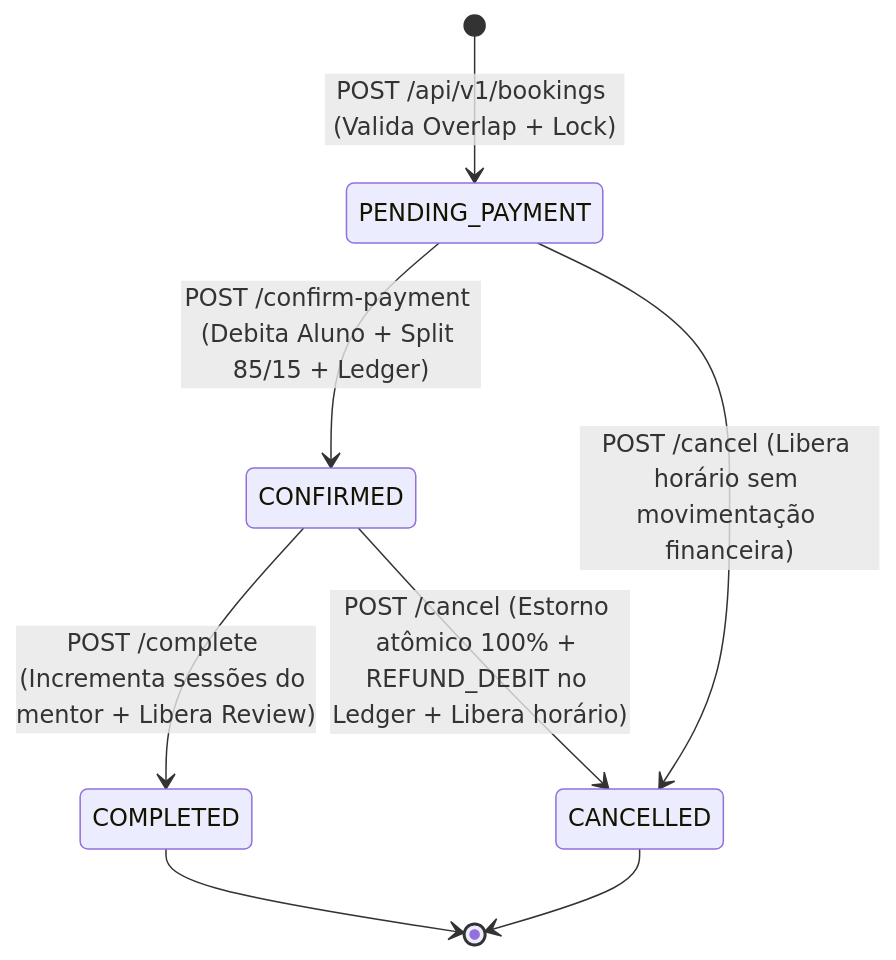
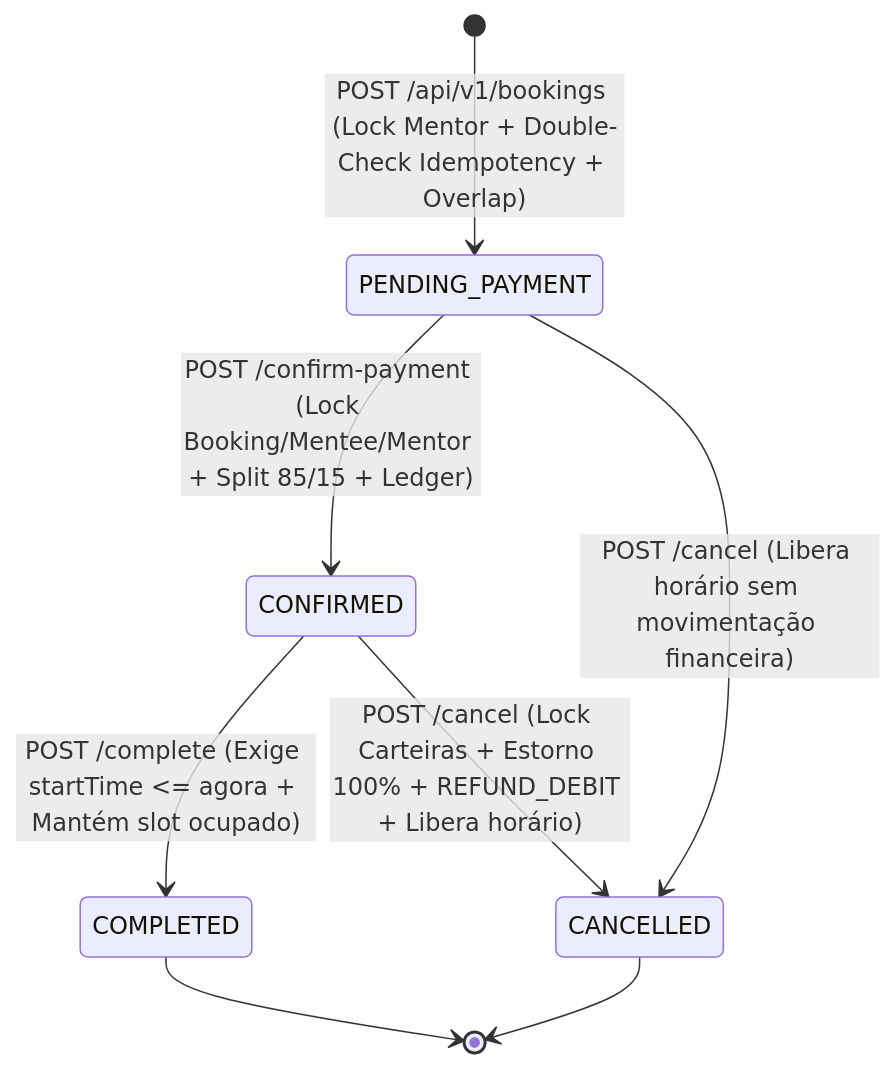
One commit to geovanneenzo8-maker/mentorflow-api changed the first of 2 diagrams in README.md. Above: the diagram before and after it, drawn with Mermaid. The commit also changed other lines of this file and 20 other files, not shown here.

Commit message:
fix(concurrency): add Mentee pessimistic lock, double-checked idempotency, exact fractional rate math, and multi-threaded test suite

````diff
--- a/README.md
+++ b/README.md
@@ -36,10 +56,10 @@
 ```mermaid
 stateDiagram-v2
-    [*] --> PENDING_PAYMENT : POST /api/v1/bookings (Valida Overlap + Lock)
-    PENDING_PAYMENT --> CONFIRMED : POST /confirm-payment (Debita Aluno + Split 85/15 + Ledger)
+    [*] --> PENDING_PAYMENT : POST /api/v1/bookings (Lock Mentor + Double-Check Idempotency + Overlap)
+    PENDING_PAYMENT --> CONFIRMED : POST /confirm-payment (Lock Booking/Mentee/Mentor + Split 85/15 + Ledger)
     PENDING_PAYMENT --> CANCELLED : POST /cancel (Libera horário sem movimentação financeira)
-    CONFIRMED --> COMPLETED : POST /complete (Incrementa sessões do mentor + Libera Review)
-    CONFIRMED --> CANCELLED : POST /cancel (Estorno atômico 100% + REFUND_DEBIT no Ledger + Libera horário)
+    CONFIRMED --> COMPLETED : POST /complete (Exige startTime <= agora + Mantém slot ocupado)
+    CONFIRMED --> CANCELLED : POST /cancel (Lock Carteiras + Estorno 100% + REFUND_DEBIT + Libera horário)
     COMPLETED --> [*]
     CANCELLED --> [*]
 ```
````
